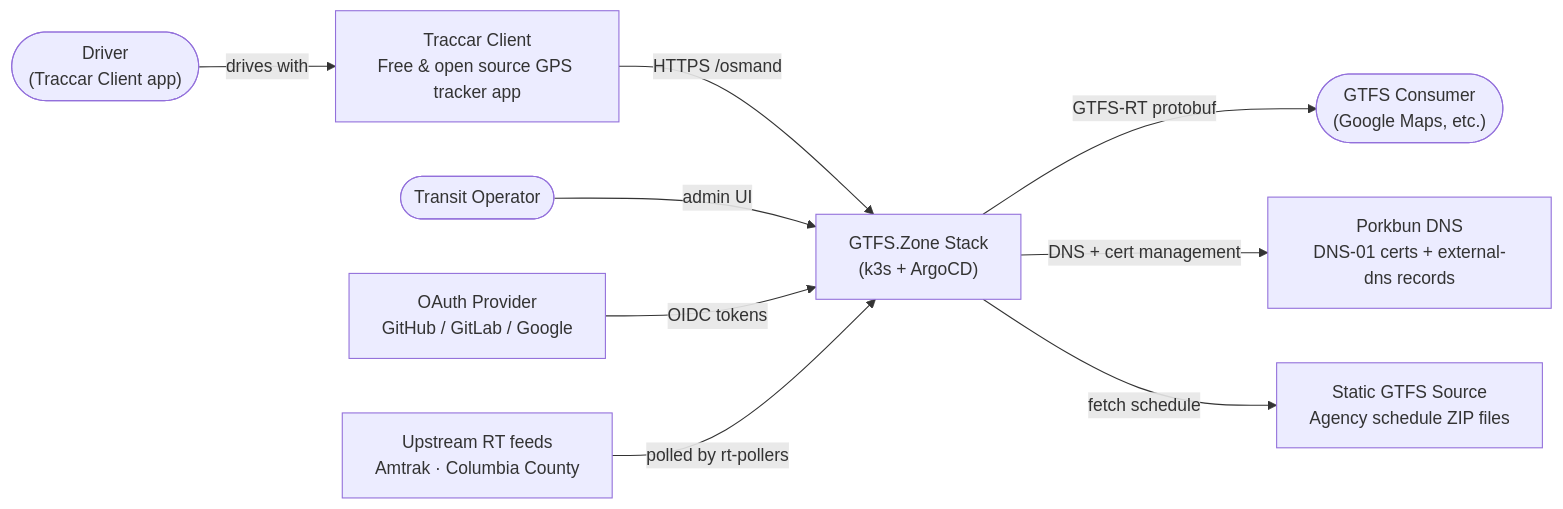
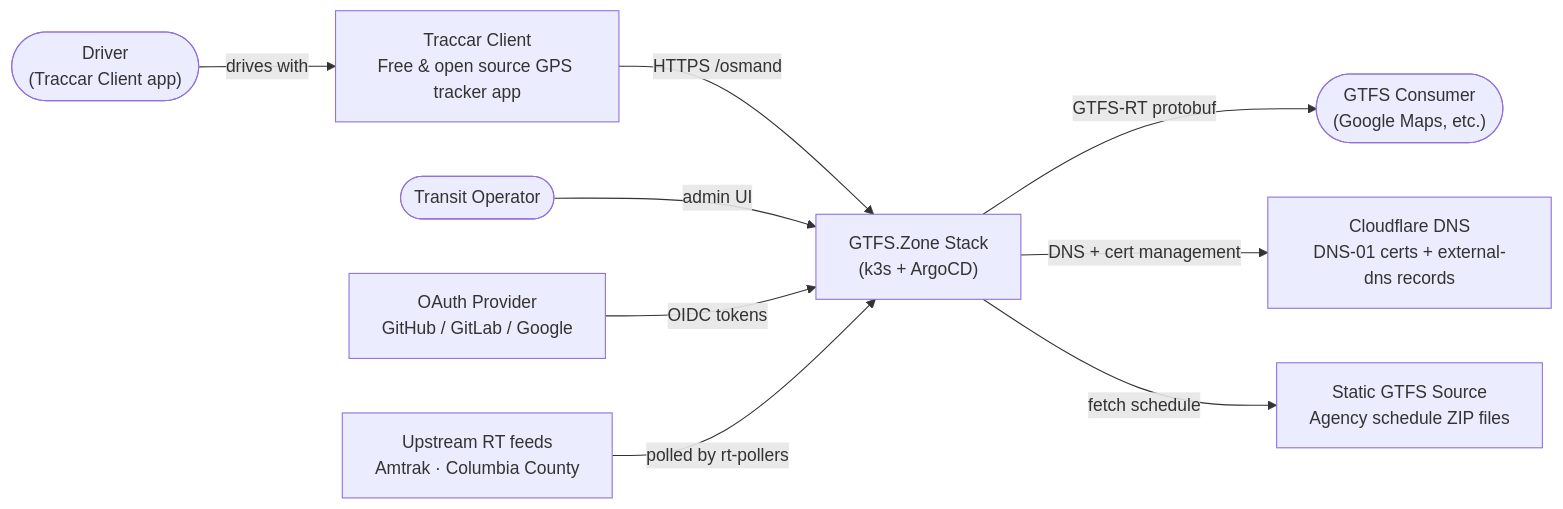
The third of 8 diagrams in README.md (gtfs-zone/gtfs-zone-infra), drawn with Mermaid before and after one commit. The commit also changed other lines of this file and 6 other files, not shown here.

````diff
--- a/README.md
+++ b/README.md
@@ -167,23 +167,23 @@
 ```mermaid
 flowchart LR
     driver(["Driver<br>(Traccar Client app)"])
     operator(["Transit Operator"])
     consumer(["GTFS Consumer<br>(Google Maps, etc.)"])
 
     traccar_app["Traccar Client<br>Free & open source GPS tracker app"]
     oauth["OAuth Provider<br>GitHub / GitLab / Google"]
-    porkbun["Porkbun DNS<br>DNS-01 certs + external-dns records"]
+    cloudflare["Cloudflare DNS<br>DNS-01 certs + external-dns records"]
     gtfs_src["Static GTFS Source<br>Agency schedule ZIP files"]
     upstream["Upstream RT feeds<br>Amtrak · Columbia County"]
 
     stack["GTFS.Zone Stack<br>(k3s + ArgoCD)"]
 
     driver -->|"drives with"| traccar_app
     traccar_app -->|"HTTPS /osmand"| stack
     operator -->|"admin UI"| stack
     stack -->|"GTFS-RT protobuf"| consumer
-    stack -->|"DNS + cert management"| porkbun
+    stack -->|"DNS + cert management"| cloudflare
     oauth -->|"OIDC tokens"| stack
     stack -->|"fetch schedule"| gtfs_src
     upstream -->|"polled by rt-pollers"| stack
 ```
````
